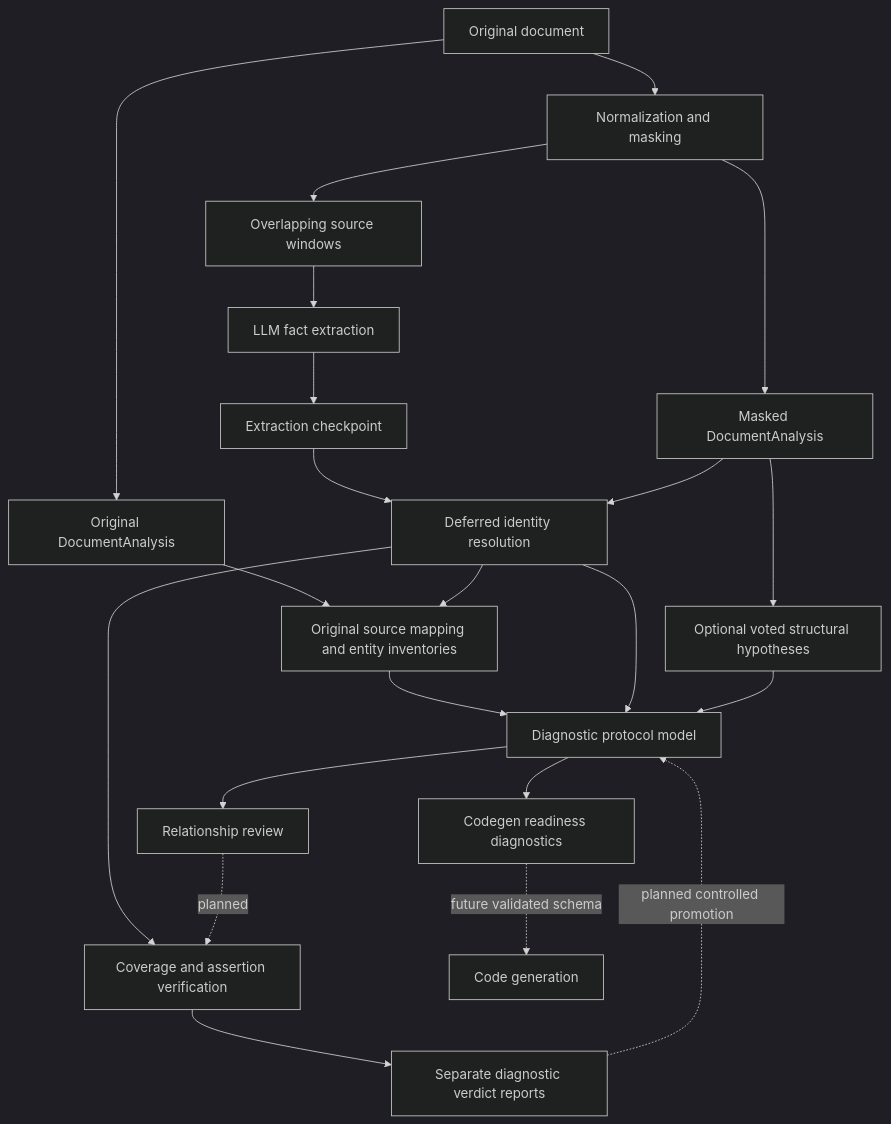
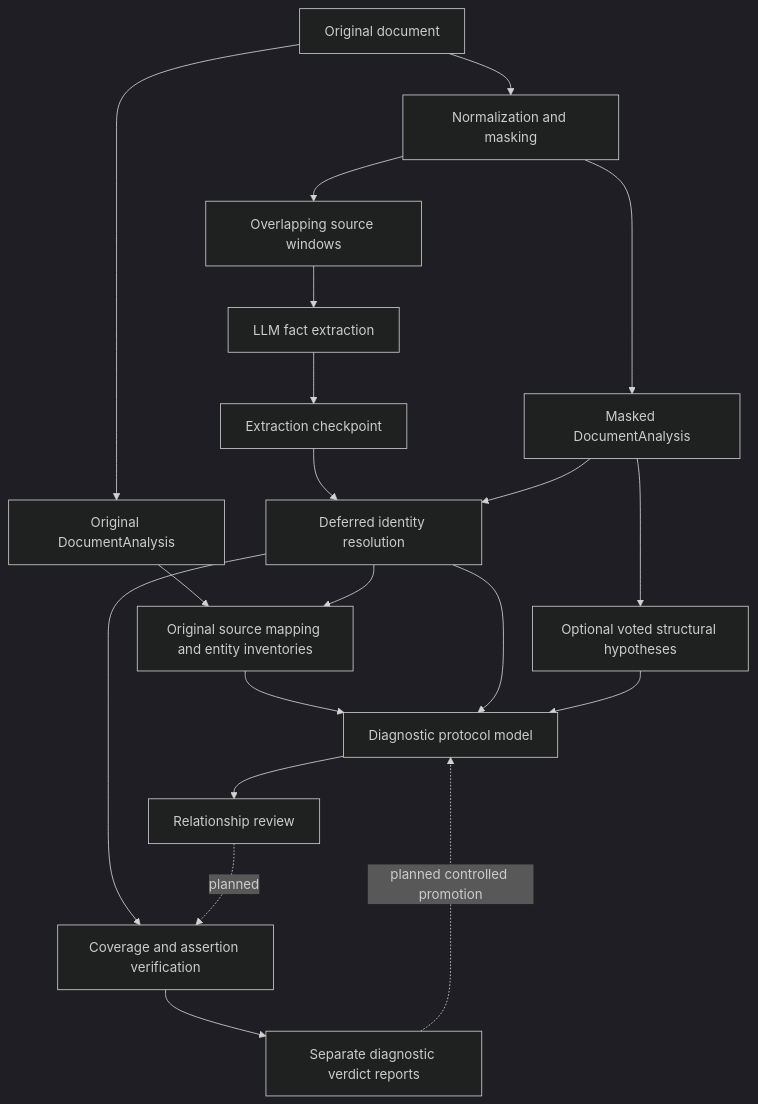
The second of 4 diagrams in README.md (witold-k/aiagents), drawn with Mermaid (dark theme) before and after one commit. The commit also changed other lines of this file and 33 other files, not shown here.

````diff
--- a/README.md
+++ b/README.md
@@ -90,24 +95,22 @@
 ```mermaid
 flowchart TD
     D[Original document] --> O[Original DocumentAnalysis]
     D --> N[Normalization and masking]
     N --> A[Masked DocumentAnalysis]
     N --> C[Overlapping source windows]
     C --> L[LLM fact extraction]
     L --> K[Extraction checkpoint]
     K --> I[Deferred identity resolution]
     O --> P[Original source mapping and entity inventories]
     A --> I
     I --> P
     P --> M[Diagnostic protocol model]
     I --> M
     A --> H[Optional voted structural hypotheses]
     H --> M
     M --> R[Relationship review]
     I --> V[Coverage and assertion verification]
     R -. planned .-> V
     V --> J[Separate diagnostic verdict reports]
     J -. planned controlled promotion .-> M
-    M --> Q[Codegen readiness diagnostics]
-    Q -. future validated schema .-> G[Code generation]
 ```
````
